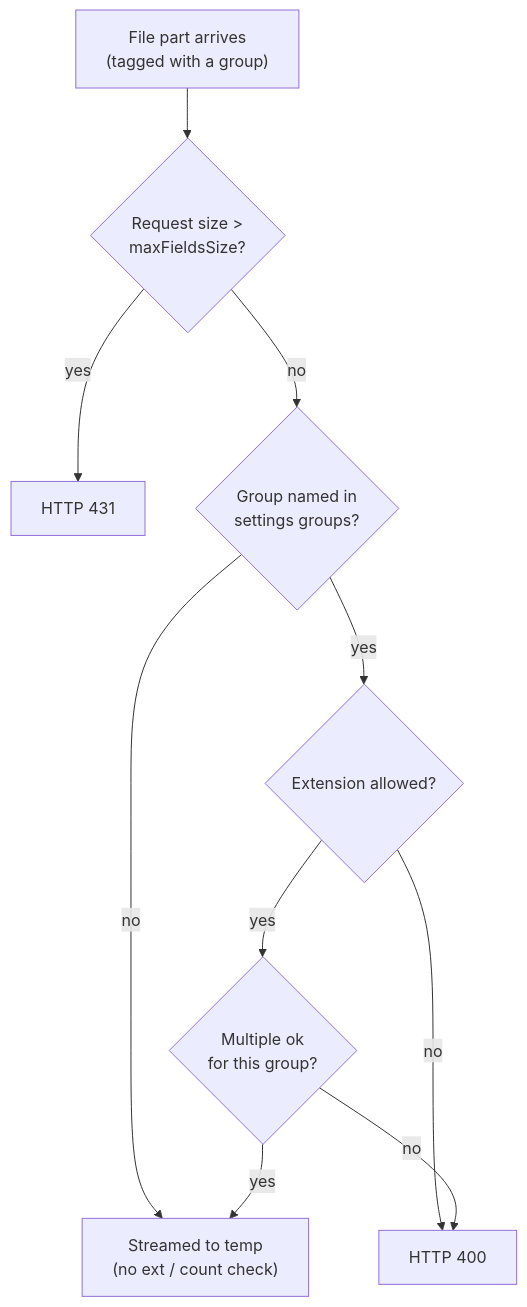
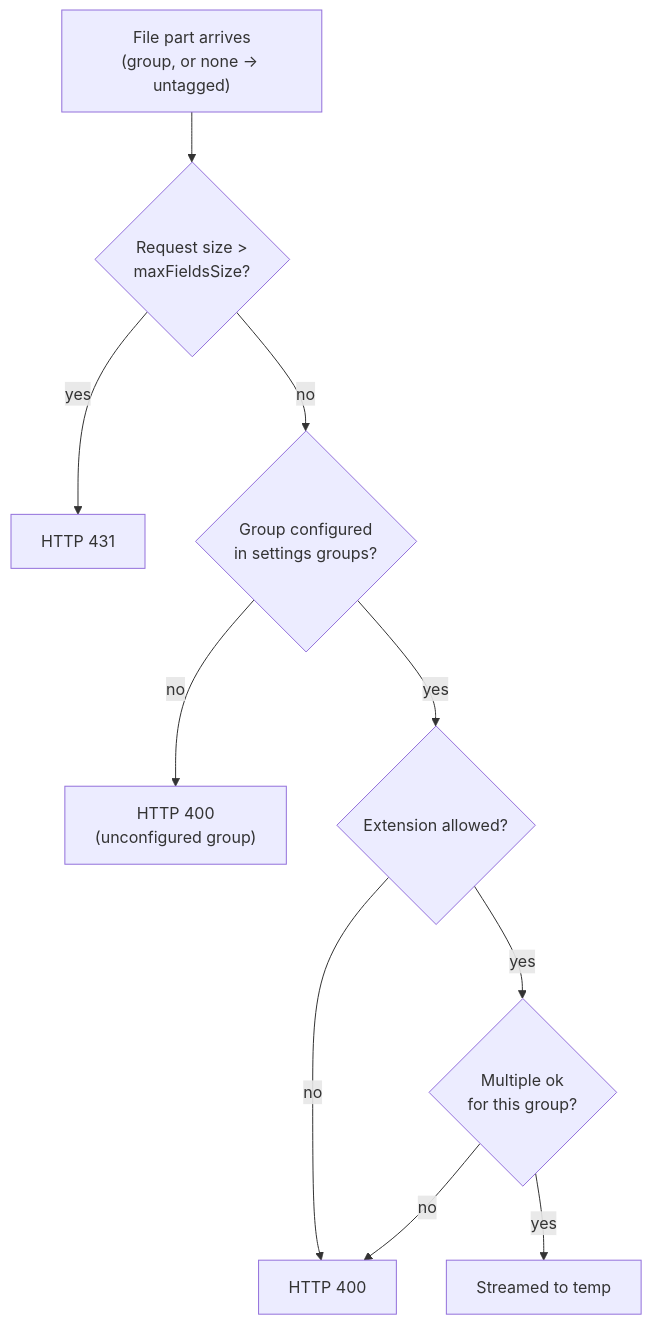
Before and after one commit to gina-io/docs: the second of 3 diagrams in docs/guides/file-uploads.md, drawn with Mermaid. The commit also changed other lines of this file, not shown here.

Commit message:
Updating the file-uploads guide for the upload-group enforcement change (#B50)

````diff
--- a/docs/guides/file-uploads.md
+++ b/docs/guides/file-uploads.md
@@ -169,12 +171,12 @@
 ```mermaid
 flowchart TD
-    A["File part arrives<br/>(tagged with a group)"] --> B{"Request size ><br/>maxFieldsSize?"}
+    A["File part arrives<br/>(group, or none → untagged)"] --> B{"Request size ><br/>maxFieldsSize?"}
     B -->|yes| C["HTTP 431"]
-    B -->|no| D{"Group named in<br/>settings groups?"}
-    D -->|no| H["Streamed to temp<br/>(no ext / count check)"]
+    B -->|no| D{"Group configured<br/>in settings groups?"}
+    D -->|no| X["HTTP 400<br/>(unconfigured group)"]
     D -->|yes| E{"Extension allowed?"}
     E -->|no| F["HTTP 400"]
     E -->|yes| G{"Multiple ok<br/>for this group?"}
     G -->|no| F
-    G -->|yes| H
+    G -->|yes| H["Streamed to temp"]
 ```
````
